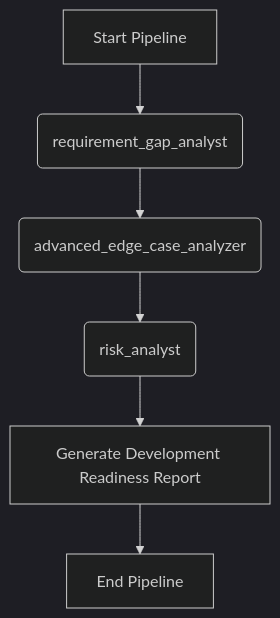
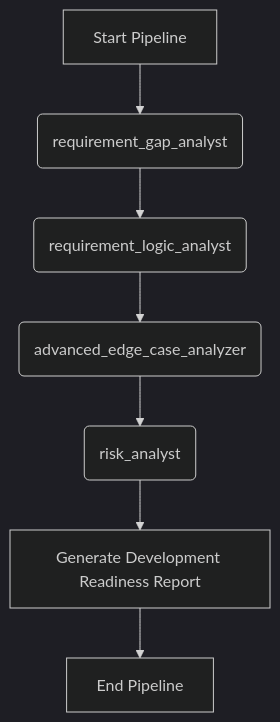
One commit to naulmai/qa-auto-kit changed the diagram in workflows/02_Shift_Left_Risk_Assessment.md. Above: the diagram before and after it, drawn with Mermaid (dark theme). The commit also changed other lines of this file and 11 other files, not shown here.

Commit message:
feat(phase-0): foundation fix - align workflows, add logic anomaly template, and clarify architecture

````diff
--- a/workflows/02_Shift_Left_Risk_Assessment.md
+++ b/workflows/02_Shift_Left_Risk_Assessment.md
@@ -12,8 +12,9 @@
 ```mermaid
 graph TD
     A[Start Pipeline] --> B(requirement_gap_analyst)
-    B --> C(advanced_edge_case_analyzer)
-    C --> D(risk_analyst)
-    D --> E[Generate Development Readiness Report]
-    E --> F[End Pipeline]
+    B --> C(requirement_logic_analyst)
+    C --> D(advanced_edge_case_analyzer)
+    D --> E(risk_analyst)
+    E --> F[Generate Development Readiness Report]
+    F --> G[End Pipeline]
 ```
````
